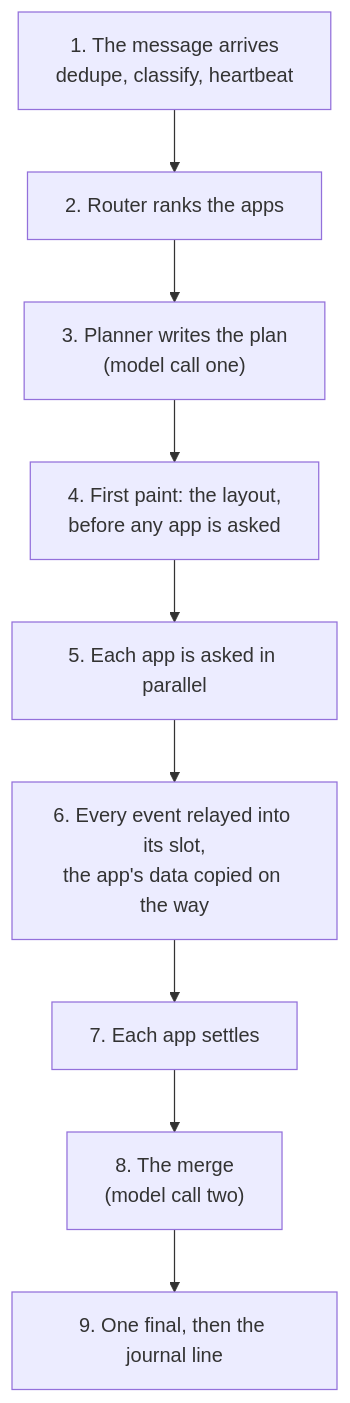
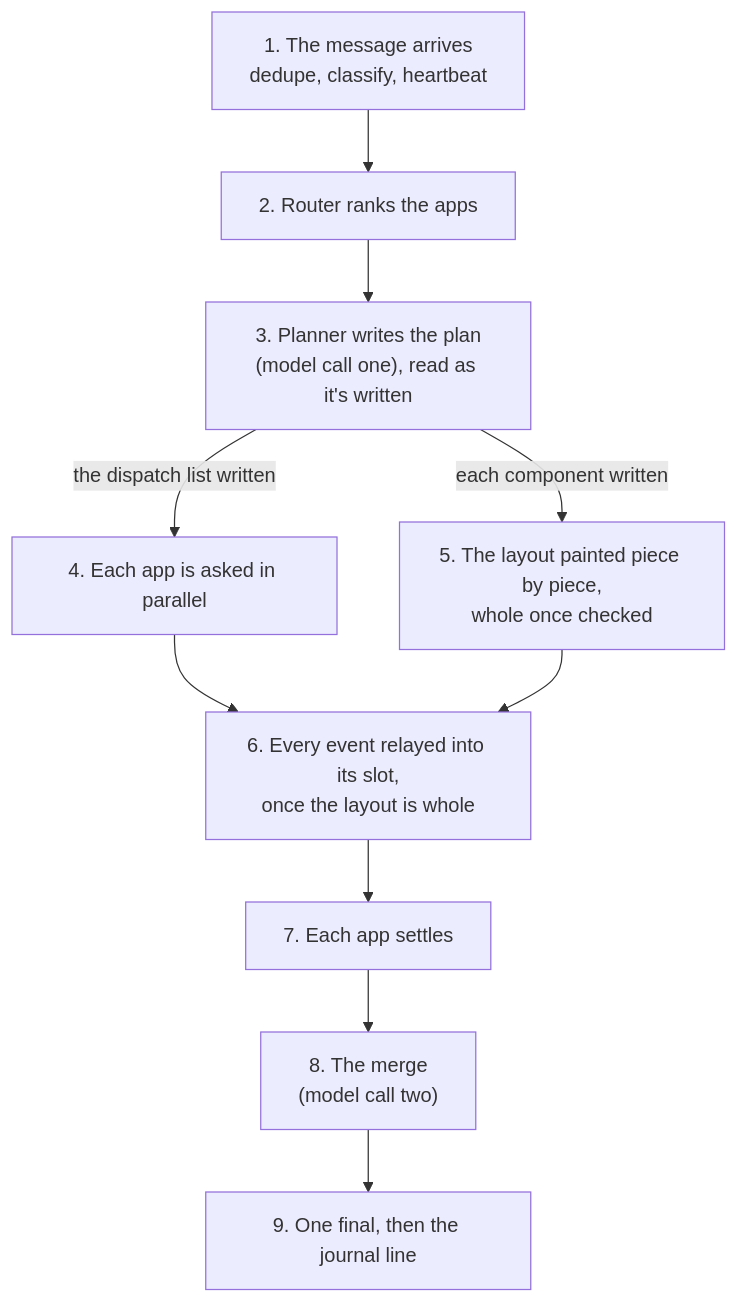
Before and after one commit to retz8/a2uiverse: the second of 8 diagrams in docs/design/orchestrator.md, drawn with Mermaid. The commit also changed other lines of this file and 22 other files, not shown here.

````diff
--- a/docs/design/orchestrator.md
+++ b/docs/design/orchestrator.md
@@ -98,11 +98,12 @@
 ```mermaid
 flowchart TD
     A["1. The message arrives<br/>dedupe, classify, heartbeat"] --> R["2. Router ranks the apps"]
-    R --> P["3. Planner writes the plan<br/>(model call one)"]
-    P --> F["4. First paint: the layout,<br/>before any app is asked"]
-    F --> D["5. Each app is asked in parallel"]
-    D --> RL["6. Every event relayed into its slot,<br/>the app's data copied on the way"]
+    R --> P["3. Planner writes the plan<br/>(model call one), read as it's written"]
+    P -->|"the dispatch list written"| D["4. Each app is asked in parallel"]
+    P -->|"each component written"| F["5. The layout painted piece by piece,<br/>whole once checked"]
+    D --> RL["6. Every event relayed into its slot,<br/>once the layout is whole"]
+    F --> RL
     RL --> S["7. Each app settles"]
     S --> M["8. The merge<br/>(model call two)"]
     M --> FN["9. One final, then the journal line"]
 ```
````
